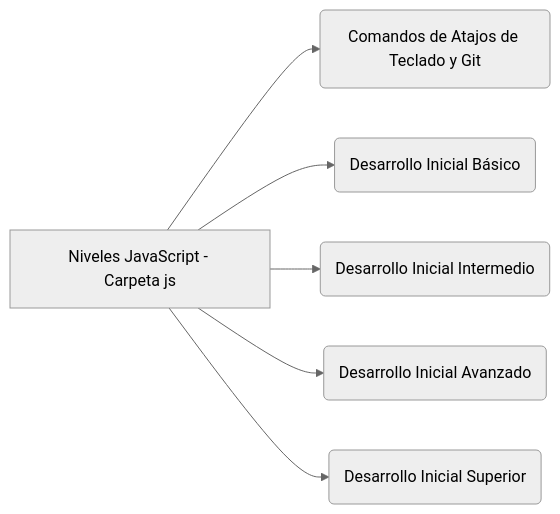
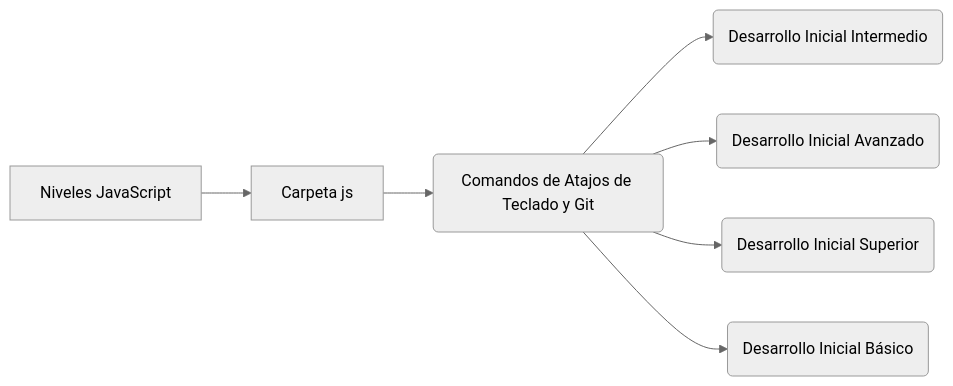
The diagram in README.md (DragonFenixOwi/Resumen_FrontEnd_Inicial_2020), drawn with Mermaid (neutral theme) before and after one commit.

````diff
--- a/README.md
+++ b/README.md
@@ -29,8 +29,8 @@
 ```mermaid
 graph LR
-	A[Niveles JavaScript - Carpeta js]--> B(Comandos de Atajos de Teclado y Git)
-	A --> C(Desarrollo Inicial Básico)
-	A --> D(Desarrollo Inicial Intermedio)
-	A --> E(Desarrollo Inicial Avanzado)
-    	A --> F(Desarrollo Inicial Superior)
+	A[Niveles JavaScript] --> B[Carpeta js]--> C(Comandos de Atajos de Teclado y Git)
+	C --> D(Desarrollo Inicial Intermedio)
+	C --> E(Desarrollo Inicial Avanzado)
+    	C --> F(Desarrollo Inicial Superior)
+	C --> G(Desarrollo Inicial Básico)
 ```
````
